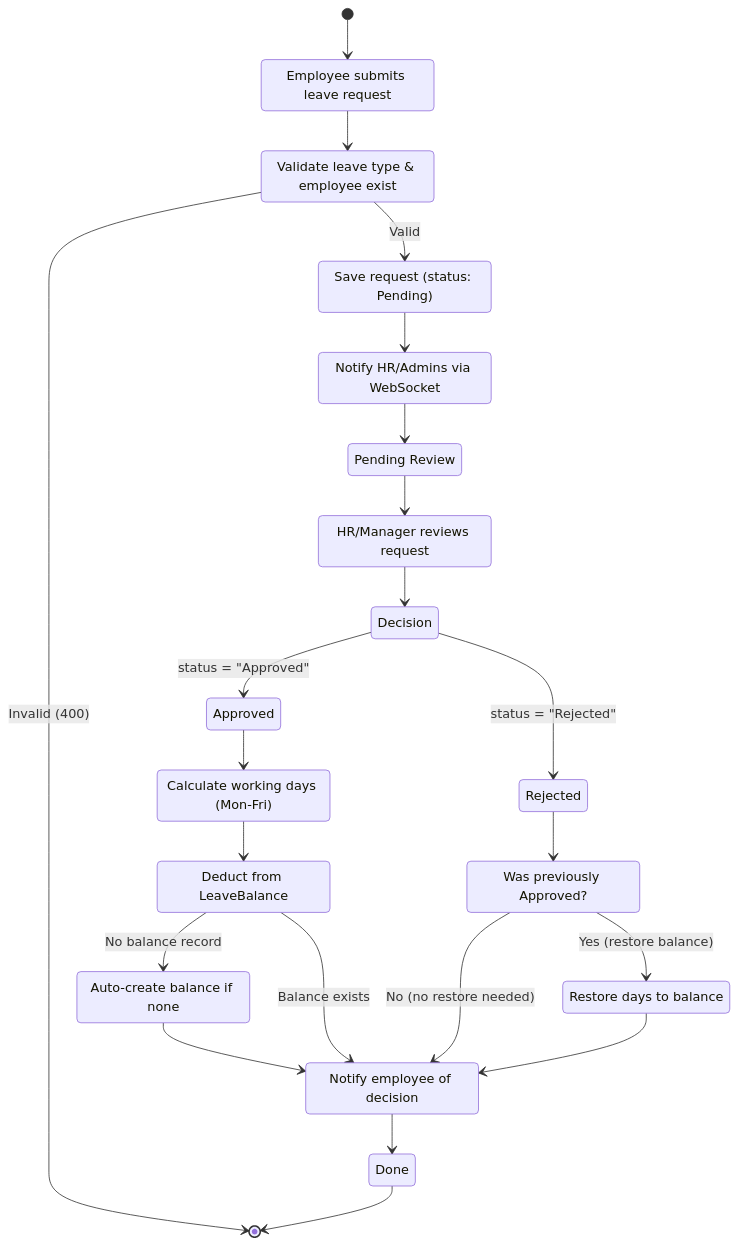
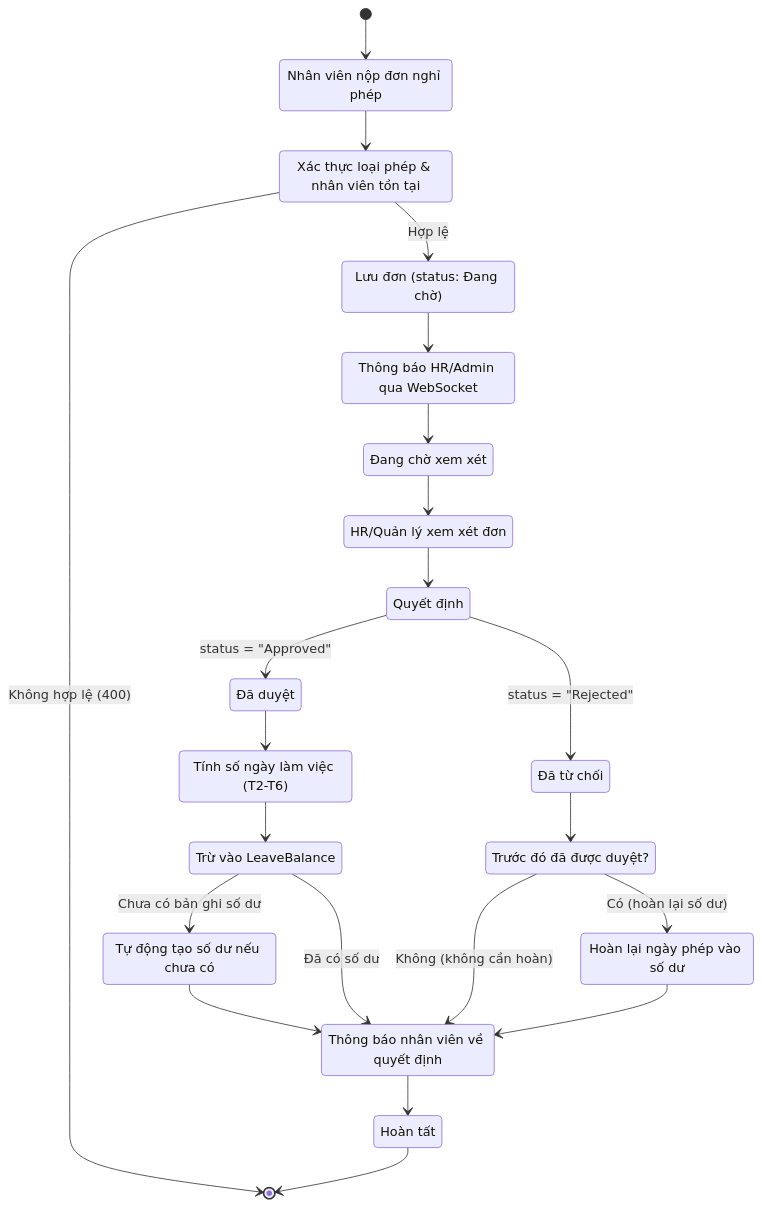
One commit to Luo-Zhii/HRM-Gene changed the first of 16 diagrams in docs/activity-diagram.md. Above: the diagram before and after it, drawn with Mermaid. The commit also changed other lines of this file and 3 other files, not shown here.

````diff
--- a/docs/activity-diagram.md
+++ b/docs/activity-diagram.md
@@ -9,44 +9,44 @@
 ```mermaid
 stateDiagram-v2
-    state "Employee submits leave request" as submit
-    state "Validate leave type & employee exist" as validate
-    state "Save request (status: Pending)" as save
-    state "Notify HR/Admins via WebSocket" as notify_admins
-    state "Pending Review" as pending
-    state "HR/Manager reviews request" as review
-    state "Decision" as decision
-    state "Approved" as approved
-    state "Rejected" as rejected
-    state "Calculate working days (Mon-Fri)" as calc_days
-    state "Deduct from LeaveBalance" as deduct
-    state "Auto-create balance if none" as auto_balance
-    state "Was previously Approved?" as was_approved
-    state "Restore days to balance" as restore
-    state "Notify employee of decision" as notify_emp
-    state "Done" as done
+    state "Nhân viên nộp đơn nghỉ phép" as submit
+    state "Xác thực loại phép & nhân viên tồn tại" as validate
+    state "Lưu đơn (status: Đang chờ)" as save
+    state "Thông báo HR/Admin qua WebSocket" as notify_admins
+    state "Đang chờ xem xét" as pending
+    state "HR/Quản lý xem xét đơn" as review
+    state "Quyết định" as decision
+    state "Đã duyệt" as approved
+    state "Đã từ chối" as rejected
+    state "Tính số ngày làm việc (T2-T6)" as calc_days
+    state "Trừ vào LeaveBalance" as deduct
+    state "Tự động tạo số dư nếu chưa có" as auto_balance
+    state "Trước đó đã được duyệt?" as was_approved
+    state "Hoàn lại ngày phép vào số dư" as restore
+    state "Thông báo nhân viên về quyết định" as notify_emp
+    state "Hoàn tất" as done
 
     [*] --> submit
     submit --> validate
-    validate --> save : Valid
-    validate --> [*] : Invalid (400)
+    validate --> save : Hợp lệ
+    validate --> [*] : Không hợp lệ (400)
     save --> notify_admins
     notify_admins --> pending
     pending --> review
     review --> decision
     decision --> approved : status = "Approved"
     decision --> rejected : status = "Rejected"
-    
+
     approved --> calc_days
     calc_days --> deduct
-    deduct --> auto_balance : No balance record
+    deduct --> auto_balance : Chưa có bản ghi số dư
     auto_balance --> notify_emp
-    deduct --> notify_emp : Balance exists
-    
+    deduct --> notify_emp : Đã có số dư
+
     rejected --> was_approved
-    was_approved --> restore : Yes (restore balance)
-    was_approved --> notify_emp : No (no restore needed)
+    was_approved --> restore : Có (hoàn lại số dư)
+    was_approved --> notify_emp : Không (không cần hoàn)
     restore --> notify_emp
-    
+
     notify_emp --> done
     done --> [*]
 ```
````
